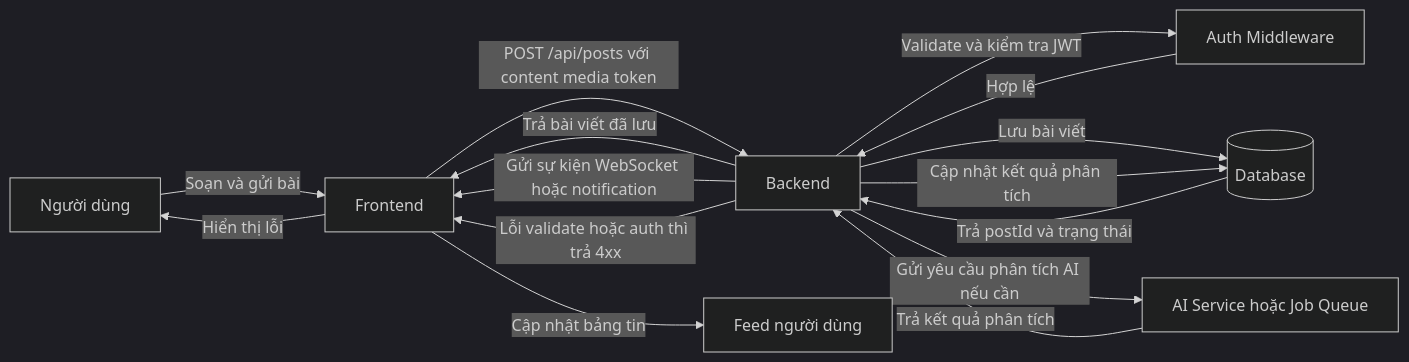
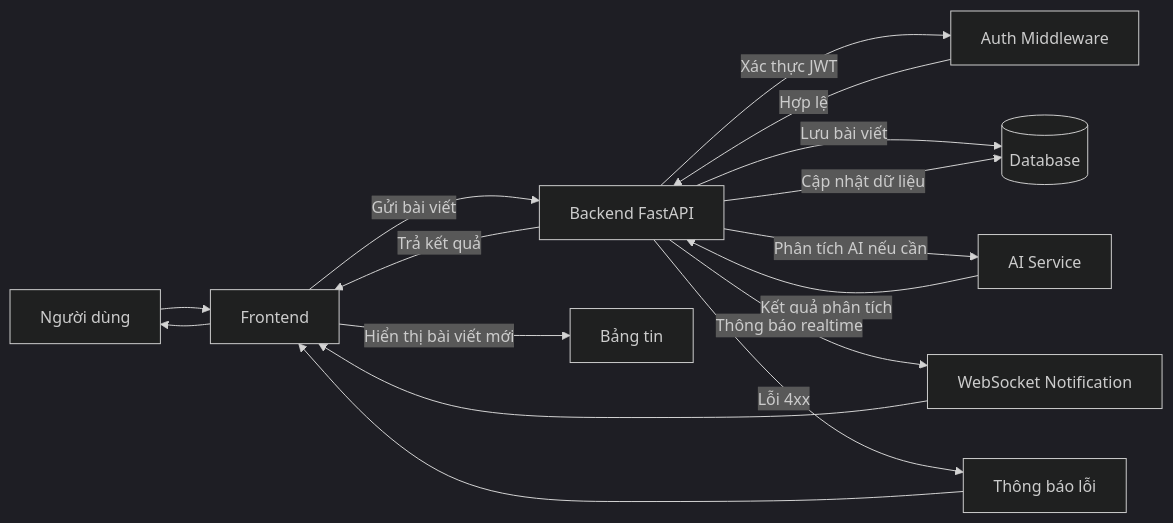
Before and after one commit to pnguyen1310/social_network_NLP: the fourth of 4 diagrams in README.md, drawn with Mermaid (dark theme).

````diff
--- a/README.md
+++ b/README.md
@@ -339,25 +339,24 @@
 ```mermaid
 flowchart LR
-  U["Người dùng"] -->|"Soạn và gửi bài"| FE["Frontend"]
+  U["Người dùng"] --> FE["Frontend"]
+  FE -->|"Gửi bài viết"| BE["Backend FastAPI"]
 
-  FE -->|"POST /api/posts với content media token"| BE["Backend"]
-
-  BE -->|"Validate và kiểm tra JWT"| Auth["Auth Middleware"]
-  Auth -->|"Hợp lệ"| BE
+  BE -->|"Xác thực JWT"| A["Auth Middleware"]
+  A -->|"Hợp lệ"| BE
 
   BE -->|"Lưu bài viết"| DB[("Database")]
-  DB -->|"Trả postId và trạng thái"| BE
+  BE -->|"Phân tích AI nếu cần"| AI["AI Service"]
 
-  BE -->|"Gửi yêu cầu phân tích AI nếu cần"| AI["AI Service hoặc Job Queue"]
-  AI -->|"Trả kết quả phân tích"| BE
+  AI -->|"Kết quả phân tích"| BE
+  BE -->|"Cập nhật dữ liệu"| DB
+  BE -->|"Trả kết quả"| FE
 
-  BE -->|"Cập nhật kết quả phân tích"| DB
-  BE -->|"Trả bài viết đã lưu"| FE
+  FE -->|"Hiển thị bài viết mới"| F["Bảng tin"]
 
-  FE -->|"Cập nhật bảng tin"| Feed["Feed người dùng"]
+  BE -->|"Thông báo realtime"| WS["WebSocket Notification"]
+  WS --> FE
 
-  BE -->|"Gửi sự kiện WebSocket hoặc notification"| FE
-
-  BE -->|"Lỗi validate hoặc auth thì trả 4xx"| FE
-  FE -->|"Hiển thị lỗi"| U
+  BE -->|"Lỗi 4xx"| E["Thông báo lỗi"]
+  E --> FE
+  FE --> U
 ```
````
